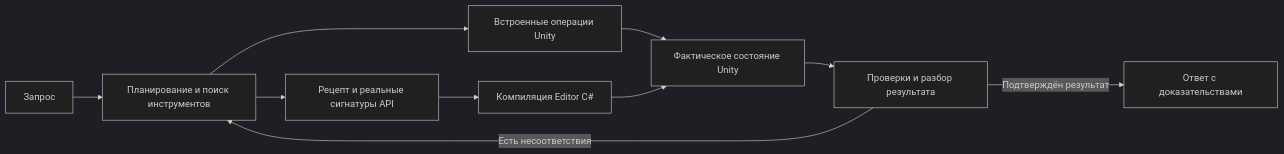
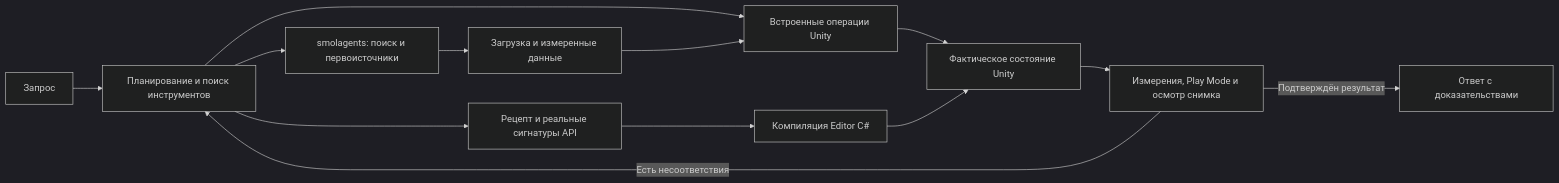
One commit to saslekawaiii/scenepilot-unity changed the diagram in README.md. Above: the diagram before and after it, drawn with Mermaid (dark theme). The commit also changed other lines of this file and 15 other files, not shown here.

````diff
--- a/README.md
+++ b/README.md
@@ -31,12 +31,15 @@
 ```mermaid
 flowchart LR
     U[Запрос] --> A[Планирование и поиск инструментов]
     A --> T[Встроенные операции Unity]
+    A --> W[smolagents: поиск и первоисточники]
+    W --> H[Загрузка и измеренные данные]
+    H --> T
     A --> R[Рецепт и реальные сигнатуры API]
     R --> C[Компиляция Editor C#]
     T --> S[Фактическое состояние Unity]
     C --> S
-    S --> V[Проверки и разбор результата]
+    S --> V[Измерения, Play Mode и осмотр снимка]
     V -->|Есть несоответствия| A
     V -->|Подтверждён результат| D[Ответ с доказательствами]
 ```
````
